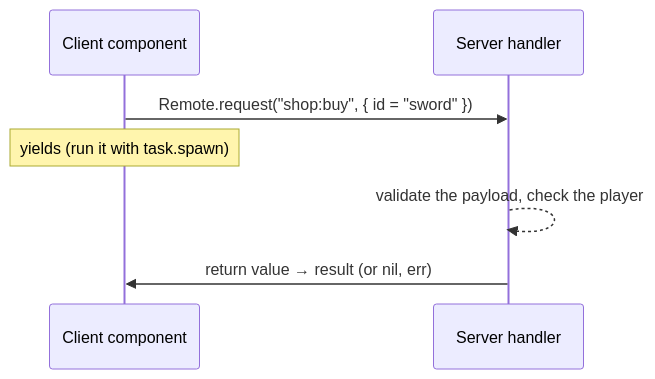
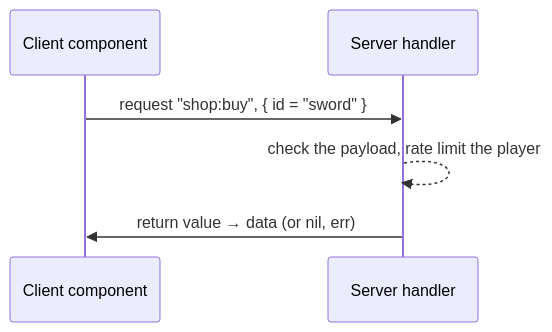
The second of 2 diagrams in docs/guide/08-state-and-server.md (linhisreal/Rivue), drawn with Mermaid before and after one commit. The commit also changed other lines of this file and 16 other files, not shown here.

````diff
--- a/docs/guide/08-state-and-server.md
+++ b/docs/guide/08-state-and-server.md
@@ -56,9 +58,8 @@
 ```mermaid
 sequenceDiagram
     participant C as Client component
     participant S as Server handler
-    C->>S: Remote.request("shop:buy", { id = "sword" })
-    Note over C: yields (run it with task.spawn)
-    S-->>S: validate the payload, check the player
-    S->>C: return value → result (or nil, err)
+    C->>S: request "shop:buy", { id = "sword" }
+    S-->>S: check the payload, rate limit the player
+    S->>C: return value → data (or nil, err)
 ```
````
